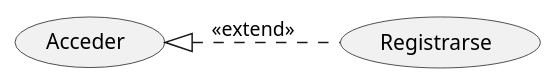
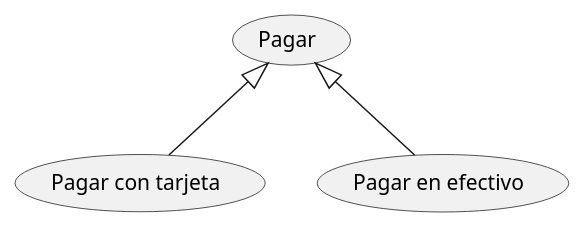
Before and after one commit to Nessie04/PlantUML_1: the diagram in casos_de_uso.puml, drawn with PlantUML. The commit also changed 1 other file, not shown here.

```diff
--- a/casos_de_uso.puml
+++ b/casos_de_uso.puml
@@ -1,6 +1,5 @@
 @startuml
 
-left to right direction
-(Acceder) <|.. (Registrarse) : <<extend>>
-
+(Pagar con tarjeta) -up-|> (Pagar)
+(Pagar en efectivo)-up-|> (Pagar)
 @enduml
```
